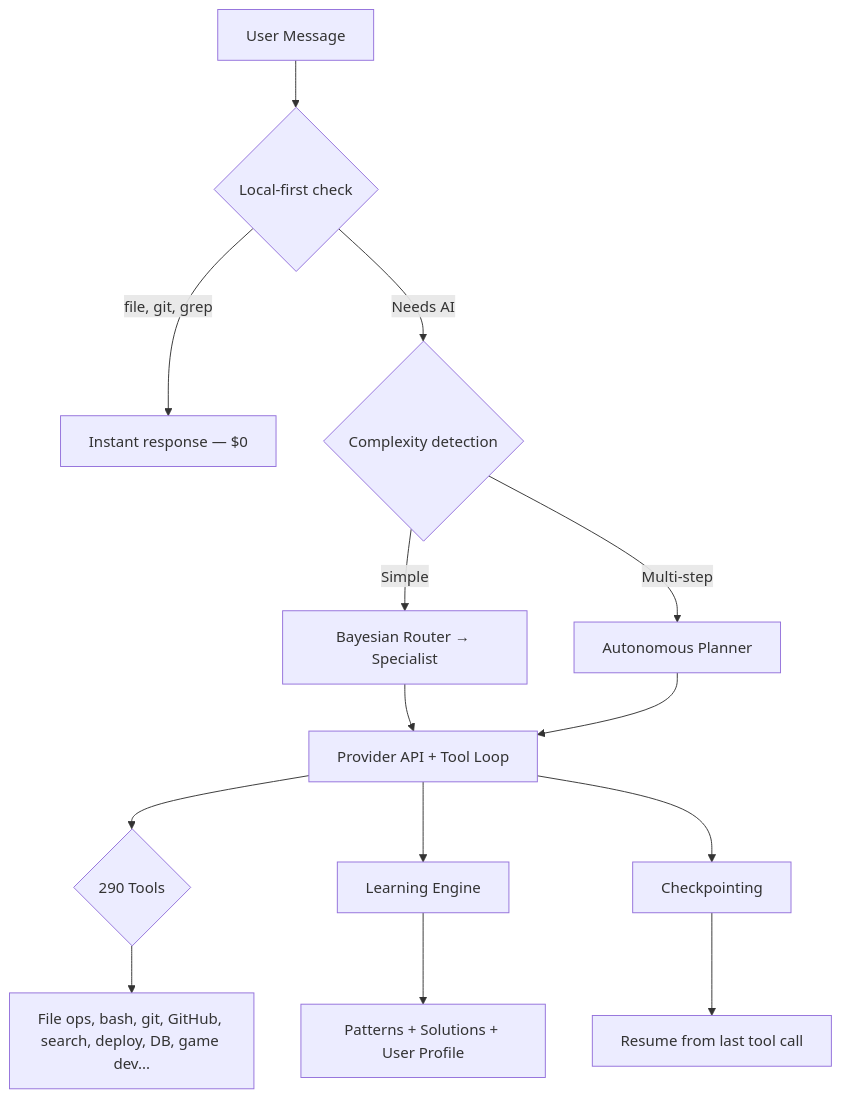
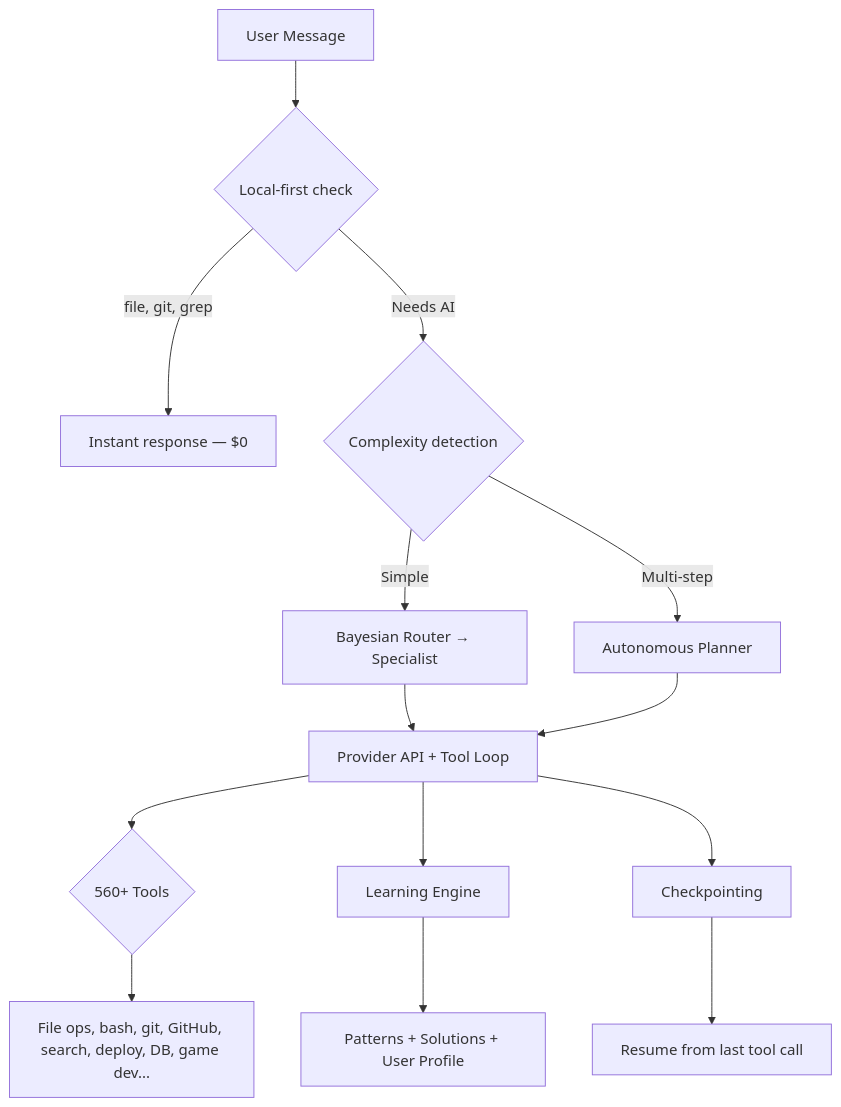
One commit to isaacsight/kernel changed the diagram in README.md. Above: the diagram before and after it, drawn with Mermaid. The commit also changed other lines of this file and 20 other files, not shown here.

````diff
--- a/README.md
+++ b/README.md
@@ -164,16 +177,16 @@
 ```mermaid
 graph TD
     A[User Message] --> B{Local-first check}
     B -->|file, git, grep| C[Instant response — $0]
     B -->|Needs AI| D{Complexity detection}
     D -->|Simple| E[Bayesian Router → Specialist]
     D -->|Multi-step| F[Autonomous Planner]
     E --> G[Provider API + Tool Loop]
     F --> G
-    G --> H{290 Tools}
+    G --> H{560+ Tools}
     H --> I[File ops, bash, git, GitHub, search, deploy, DB, game dev...]
     G --> J[Learning Engine]
     J --> K[Patterns + Solutions + User Profile]
     G --> L[Checkpointing]
     L --> M[Resume from last tool call]
 ```
````
